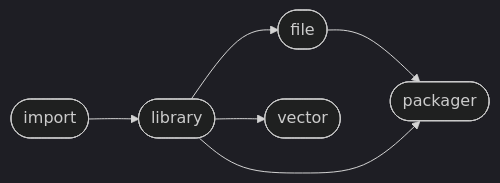
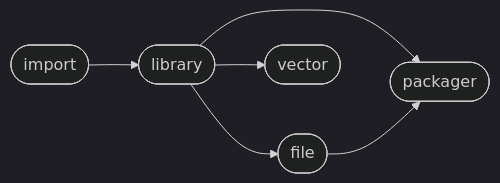
Before and after one commit to Mandera/Mandera: the diagram in README.md, drawn with Mermaid (dark theme). The commit also changed other lines of this file, not shown here.

````diff
--- a/README.md
+++ b/README.md
@@ -7,13 +7,13 @@
 ```mermaid
 flowchart LR
+1([library]) --> 4([packager])
 1([library]) --> 2([file])
 2([file]) --> 4([packager])
+0([import]) --> 1([library])
 1([library]) --> 3([vector])
-0([import]) --> 1([library])
-1([library]) --> 4([packager])
 click 0 "https://github.com/ManderaGeneral/generalimport"
 click 1 "https://github.com/ManderaGeneral/generallibrary"
 click 2 "https://github.com/ManderaGeneral/generalfile"
 click 3 "https://github.com/ManderaGeneral/generalvector"
 click 4 "https://github.com/ManderaGeneral/generalpackager"
 ```
````
